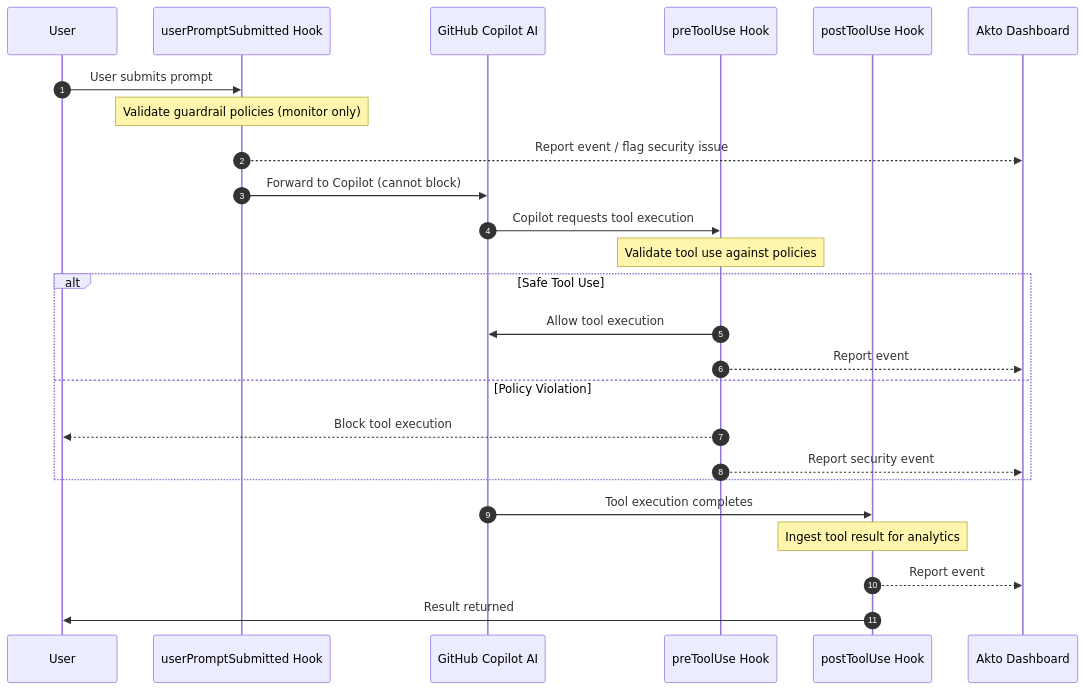
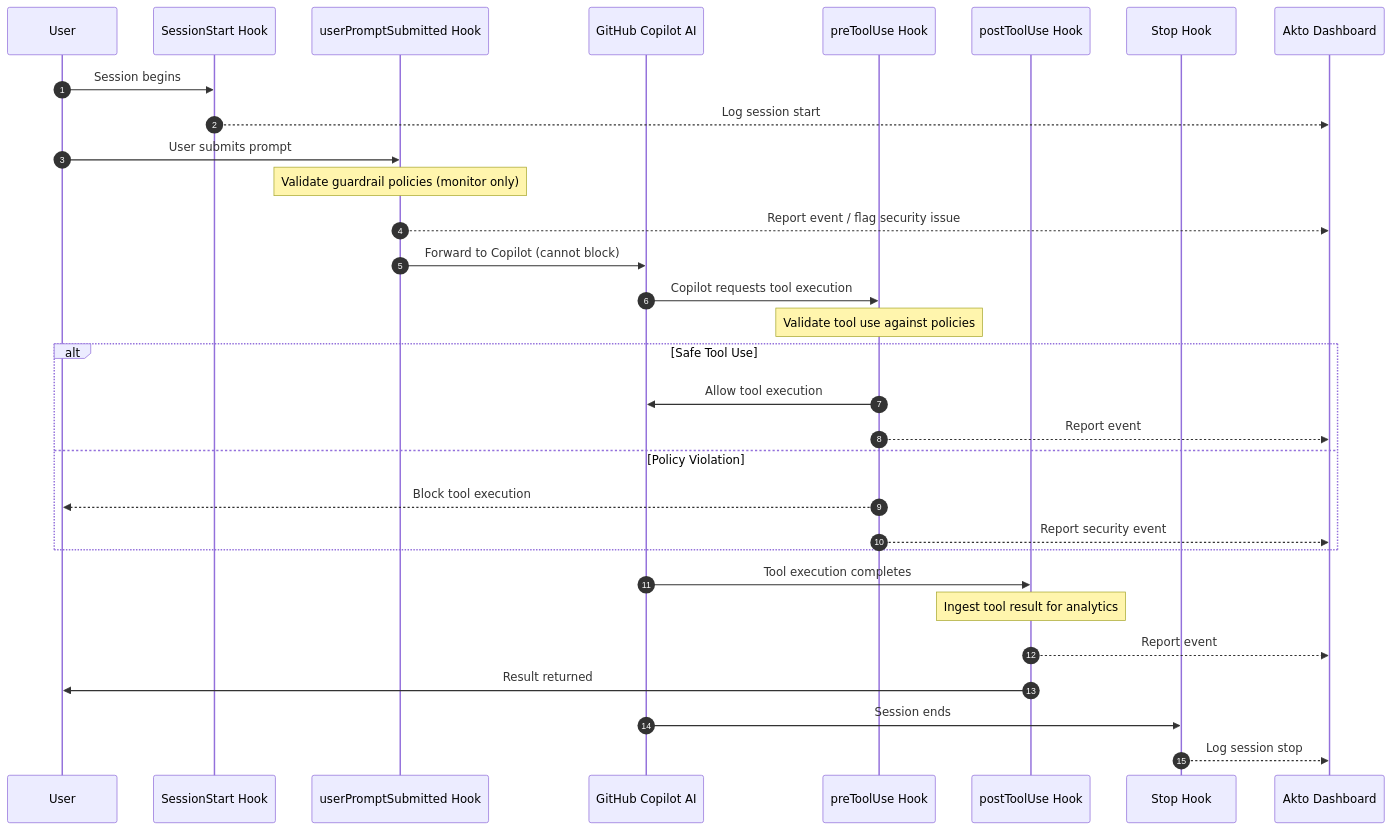
One commit to akto-api-security/Documentation changed the diagram in akto-atlas-agentic-ai-security-for-employee-endpoints/endpoints-discovery-agents/copilot-cli-hooks.md. Above: the diagram before and after it, drawn with Mermaid. The commit also changed other lines of this file, not shown here.

````diff
--- a/akto-atlas-agentic-ai-security-for-employee-endpoints/endpoints-discovery-agents/copilot-cli-hooks.md
+++ b/akto-atlas-agentic-ai-security-for-employee-endpoints/endpoints-discovery-agents/copilot-cli-hooks.md
@@ -21,30 +21,38 @@
 ```mermaid
 sequenceDiagram
     autonumber
     participant User
+    participant SessionHook as SessionStart Hook
     participant PromptHook as userPromptSubmitted Hook
     participant Copilot as GitHub Copilot AI
     participant PreToolHook as preToolUse Hook
     participant PostToolHook as postToolUse Hook
+    participant StopHook as Stop Hook
     participant Akto as Akto Dashboard
+
+    User->>SessionHook: Session begins
+    SessionHook-->>Akto: Log session start
 
     User->>PromptHook: User submits prompt
     Note over PromptHook: Validate guardrail policies (monitor only)
     PromptHook-->>Akto: Report event / flag security issue
     PromptHook->>Copilot: Forward to Copilot (cannot block)
 
     Copilot->>PreToolHook: Copilot requests tool execution
     Note over PreToolHook: Validate tool use against policies
     alt Safe Tool Use
         PreToolHook->>Copilot: Allow tool execution
         PreToolHook-->>Akto: Report event
     else Policy Violation
         PreToolHook-->>User: Block tool execution
         PreToolHook-->>Akto: Report security event
     end
 
     Copilot->>PostToolHook: Tool execution completes
     Note over PostToolHook: Ingest tool result for analytics
     PostToolHook-->>Akto: Report event
     PostToolHook->>User: Result returned
+
+    Copilot->>StopHook: Session ends
+    StopHook-->>Akto: Log session stop
 ```
````
